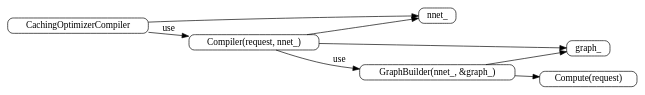
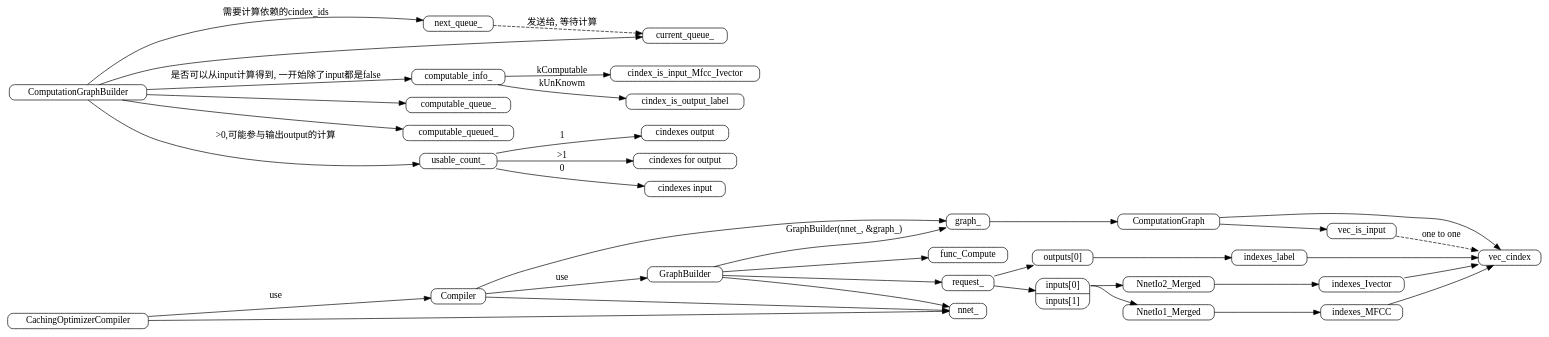
One commit to Nisoka/kaldi-orgs changed the diagram in others/dot-graph/Compiler-class.dot. Above: the diagram before and after it, drawn with Graphviz. The commit also changed 4 other files, not shown here.

Commit message:
use the graph

```diff
--- a/others/dot-graph/Compiler-class.dot
+++ b/others/dot-graph/Compiler-class.dot
@@ -1,21 +1,66 @@
 digraph ComputationGraph{
         rankdir = LR
         node[shape=Mrecord, width=.1, height=.1]
 
         CachingOptimizerCompiler -> nnet_
         CachingOptimizerCompiler -> Compiler[label="use"]
-        
-
-        Compiler[label="Compiler(request, nnet_)"]
 
         Compiler -> nnet_
         Compiler -> graph_
         Compiler -> GraphBuilder[label="use"]
 
-        GraphBuilder[label="GraphBuilder(nnet_, &graph_)"]
 
-        GraphBuilder -> graphBuilder_Compute
-        GraphBuilder -> graph_
-        graphBuilder_Compute[label="Compute(request)"]
+        
+        GraphBuilder -> func_Compute
+        GraphBuilder -> nnet_
+        GraphBuilder -> request_
+        GraphBuilder -> graph_[label="GraphBuilder(nnet_, &graph_)"]
 
+        request_ -> inputs
+        request_ -> outputs
+        outputs[label="outputs[0]"]
+        inputs[label="<1> inputs[0] | <2> inputs[1]"]
+        inputs:1 -> NnetIo1_Merged -> indexes_MFCC
+        inputs:1 -> NnetIo2_Merged -> indexes_Ivector
+        outputs -> indexes_label
+
+
+        graph_ -> ComputationGraph
+        ComputationGraph -> cindexes
+        ComputationGraph -> is_input
+        cindexes[label="vec_cindex"]
+        is_input[label="vec_is_input"]
+
+        is_input -> cindexes[label="one to one", style=dashed]
+
+        indexes_MFCC -> cindexes
+        indexes_Ivector -> cindexes
+        indexes_label -> cindexes
+
+
+
+        subgraph ComputationGraphBuilder{
+
+                ComputationGraphBuilder -> next_queue_[label="需要计算依赖的cindex_ids"]
+                ComputationGraphBuilder -> current_queue_
+                next_queue_ -> current_queue_[style=dashed, label="发送给, 等待计算"]
+                
+                ComputationGraphBuilder -> computable_info_[label="是否可以从input计算得到, 一开始除了input都是false"]
+                computable_info_ -> cindex_is_input_Mfcc_Ivector[label="kComputable"]
+                computable_info_ -> cindex_is_output_label[label="kUnKnowm"]
+                
+                ComputationGraphBuilder -> computable_queue_
+                ComputationGraphBuilder -> computable_queued_
+                ComputationGraphBuilder -> usable_count_[label=">0,可能参与输出output的计算"]
+                usable_count_ -> usable_1[label="1"]
+                usable_count_ -> usable_2[label=">1"]
+                usable_count_ -> usable_0[label="0"]
+                usable_1[label="cindexes output"]
+                usable_2[label="cindexes for output"]
+                usable_0[label="cindexes input"]
+
+                
+        }        
+        
+        
 }
```
